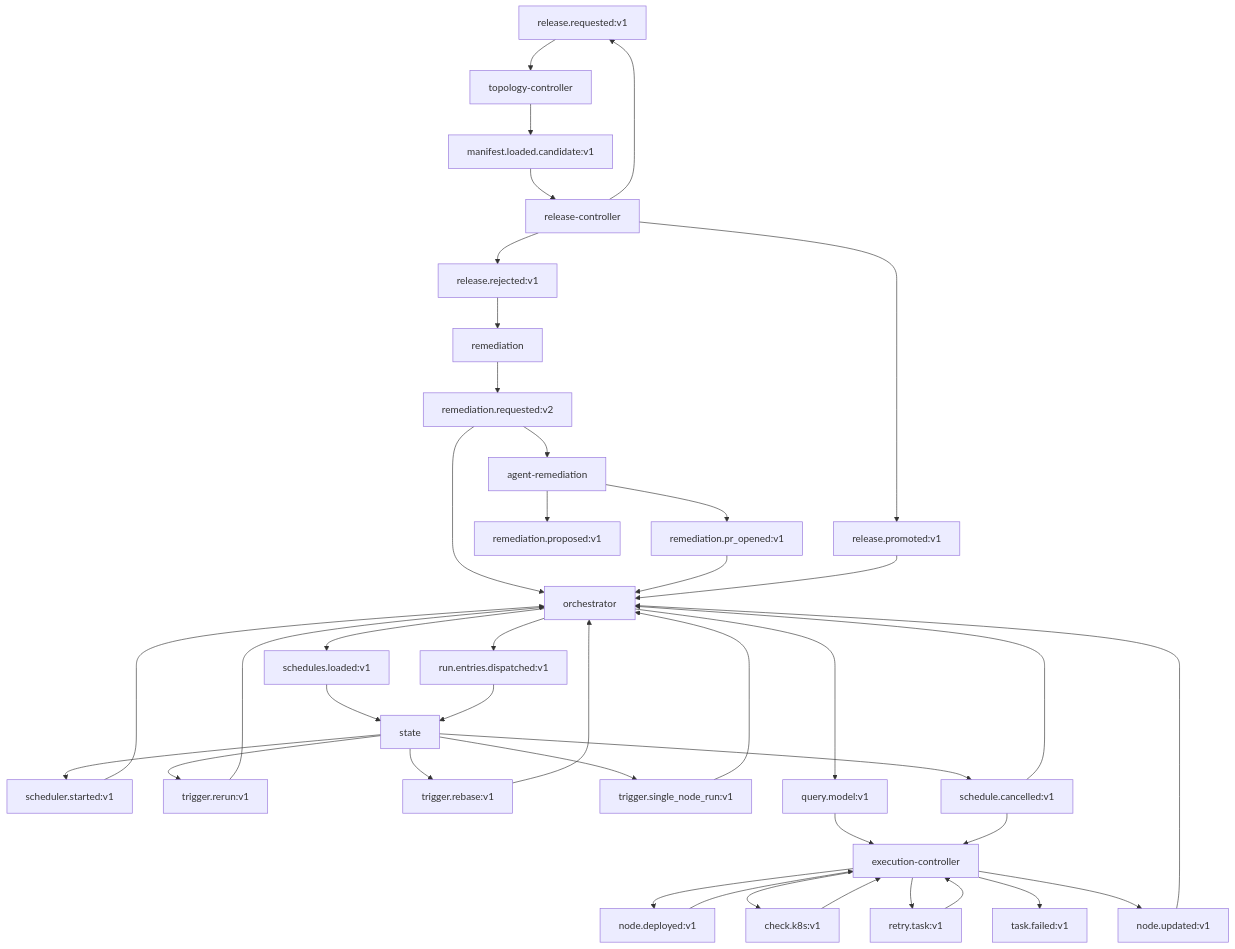
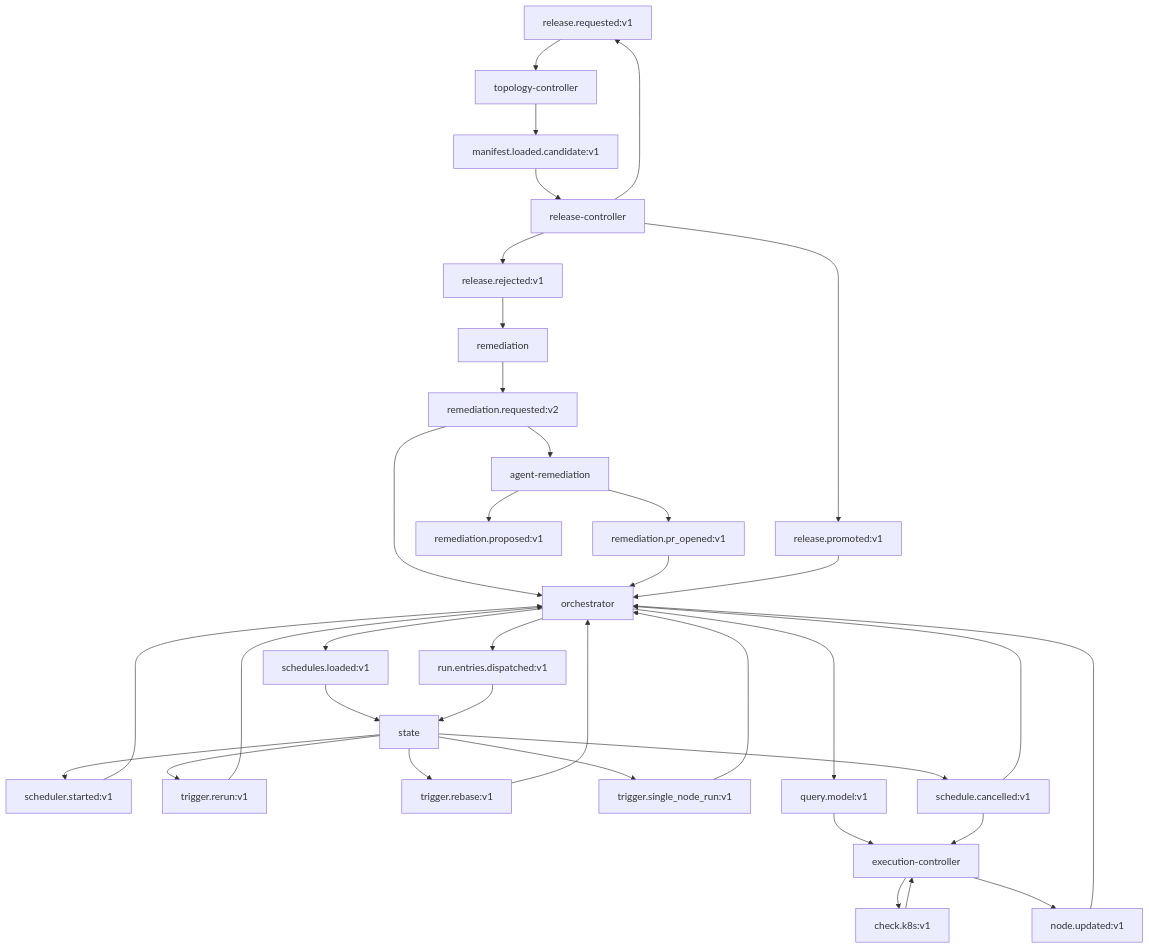
The second of 2 diagrams in docs/arch/01-topology.md (carolsimone/continuo), drawn with Mermaid before and after one commit. The commit also changed 80 other files, not shown here.

````diff
--- a/docs/arch/01-topology.md
+++ b/docs/arch/01-topology.md
@@ -75,73 +75,65 @@
 ```mermaid
 flowchart TD
   RR[release.requested:v1]
   MLC[manifest.loaded.candidate:v1]
   RP[release.promoted:v1]
   RREJ[release.rejected:v1]
   REMREQ[remediation.requested:v2]
   REMPROP[remediation.proposed:v1]
   PROPENED[remediation.pr_opened:v1]
   SL[schedules.loaded:v1]
   SS[scheduler.started:v1]
   RED[run.entries.dispatched:v1]
   TRR[trigger.rerun:v1]
   TRB[trigger.rebase:v1]
   TSN[trigger.single_node_run:v1]
   QM[query.model:v1]
-  ED[node.deployed:v1]
   KCV[check.k8s:v1]
-  TR[retry.task:v1]
-  TF[task.failed:v1]
   UT[node.updated:v1]
 
   RC[release-controller] --> RR
   RR --> MC[topology-controller]
   MC --> MLC
   MLC --> RC
   RC --> RP
   RC --> RREJ
   RREJ --> REM[remediation]
   REM --> REMREQ
   REMREQ --> REMA[agent-remediation]
   REMREQ --> OR[orchestrator]
   REMA --> REMPROP
   REMA --> PROPENED
   PROPENED --> OR
   RP --> OR
   OR --> SL
   SL --> ST[state]
 
   ST --> SS
   SS --> OR
   OR --> RED
   RED --> ST
 
   ST --> TRR
   TRR --> OR
 
   ST --> TRB
   TRB --> OR
 
   ST --> TSN
   TSN --> OR
 
   OR --> QM
 
   QM --> EC[execution-controller]
-  TR --> EC
 
-  EC --> ED
-  ED --> EC
   EC --> KCV
   KCV --> EC
-  EC --> TR
-  EC --> TF
   EC --> UT
 
   UT --> OR
 
   SC_EV[schedule.cancelled:v1]
   ST --> SC_EV
   SC_EV --> OR
   SC_EV --> EC
 ```
````
